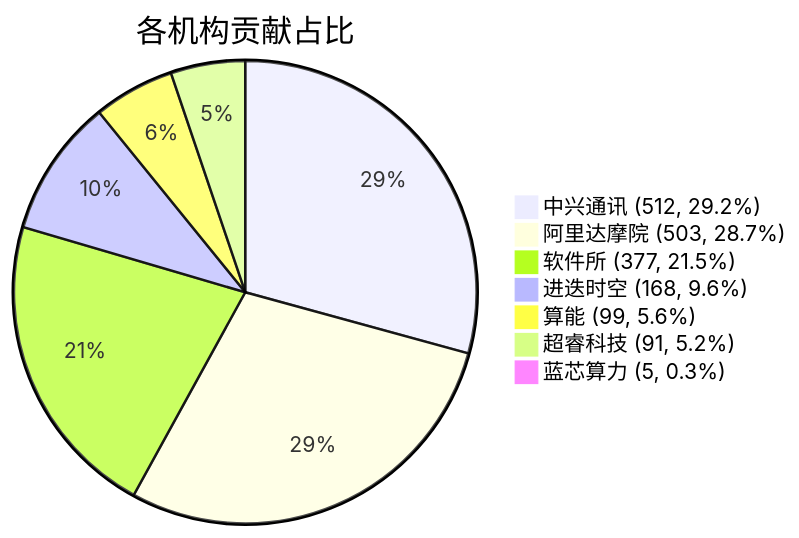
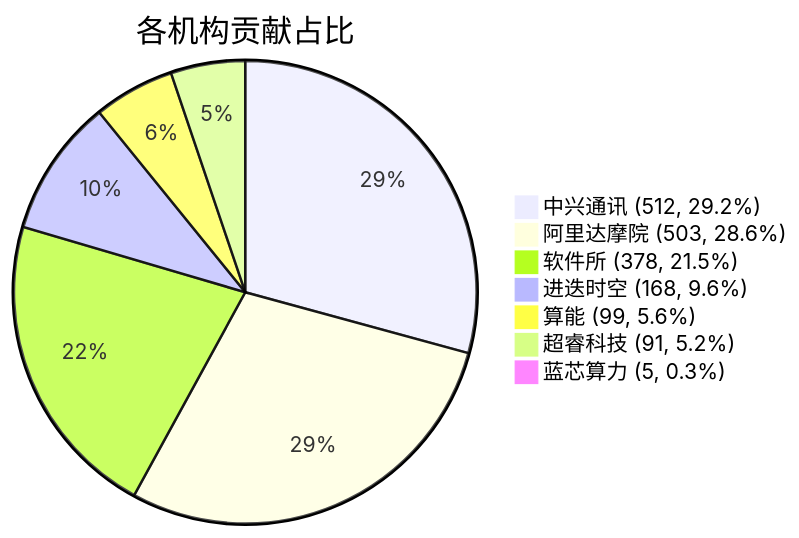
The diagram in docs/index.md (RVCK-Project/rvck), drawn with Mermaid before and after one commit. The commit also changed other lines of this file and 24 other files, not shown here.

````diff
--- a/docs/index.md
+++ b/docs/index.md
@@ -34,10 +34,10 @@
 ```mermaid
 pie title 各机构贡献占比
     "中兴通讯 (512, 29.2%)" : 512
-    "阿里达摩院 (503, 28.7%)" : 503
-    "软件所 (377, 21.5%)" : 377
+    "阿里达摩院 (503, 28.6%)" : 503
+    "软件所 (378, 21.5%)" : 378
     "进迭时空 (168, 9.6%)" : 168
     "算能 (99, 5.6%)" : 99
     "超睿科技 (91, 5.2%)" : 91
     "蓝芯算力 (5, 0.3%)" : 5
 ```
````
